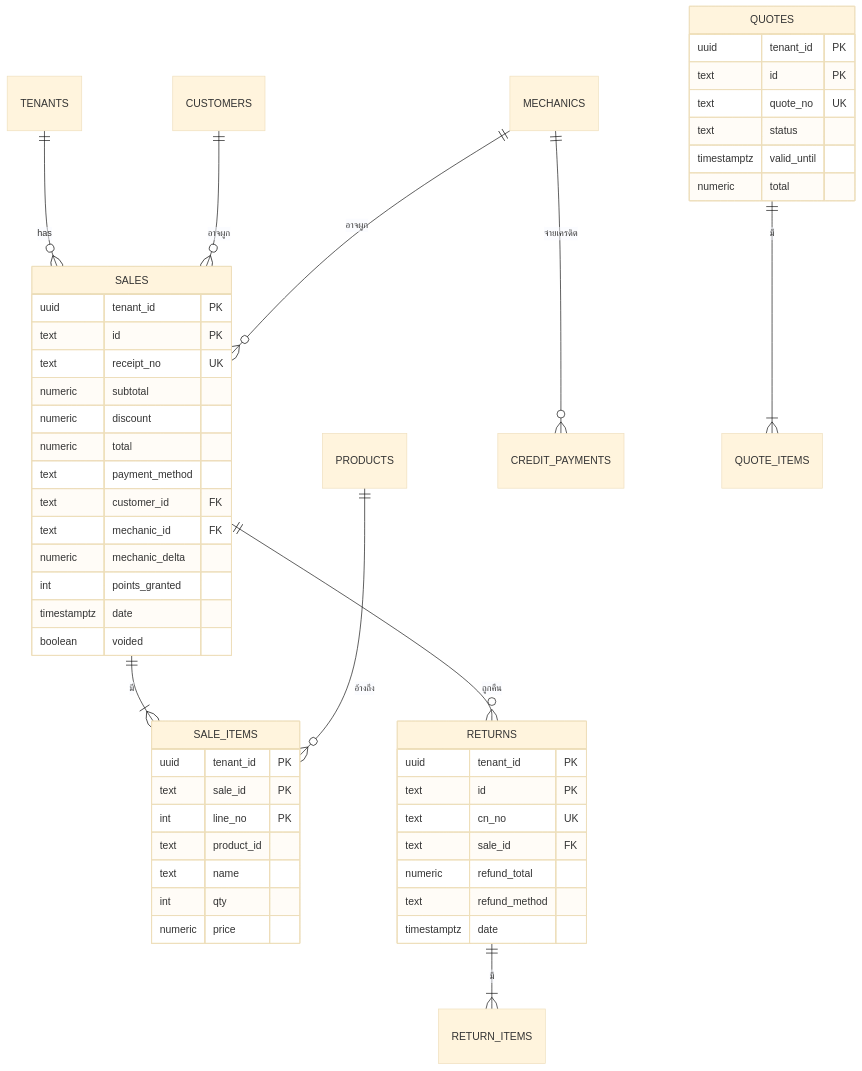
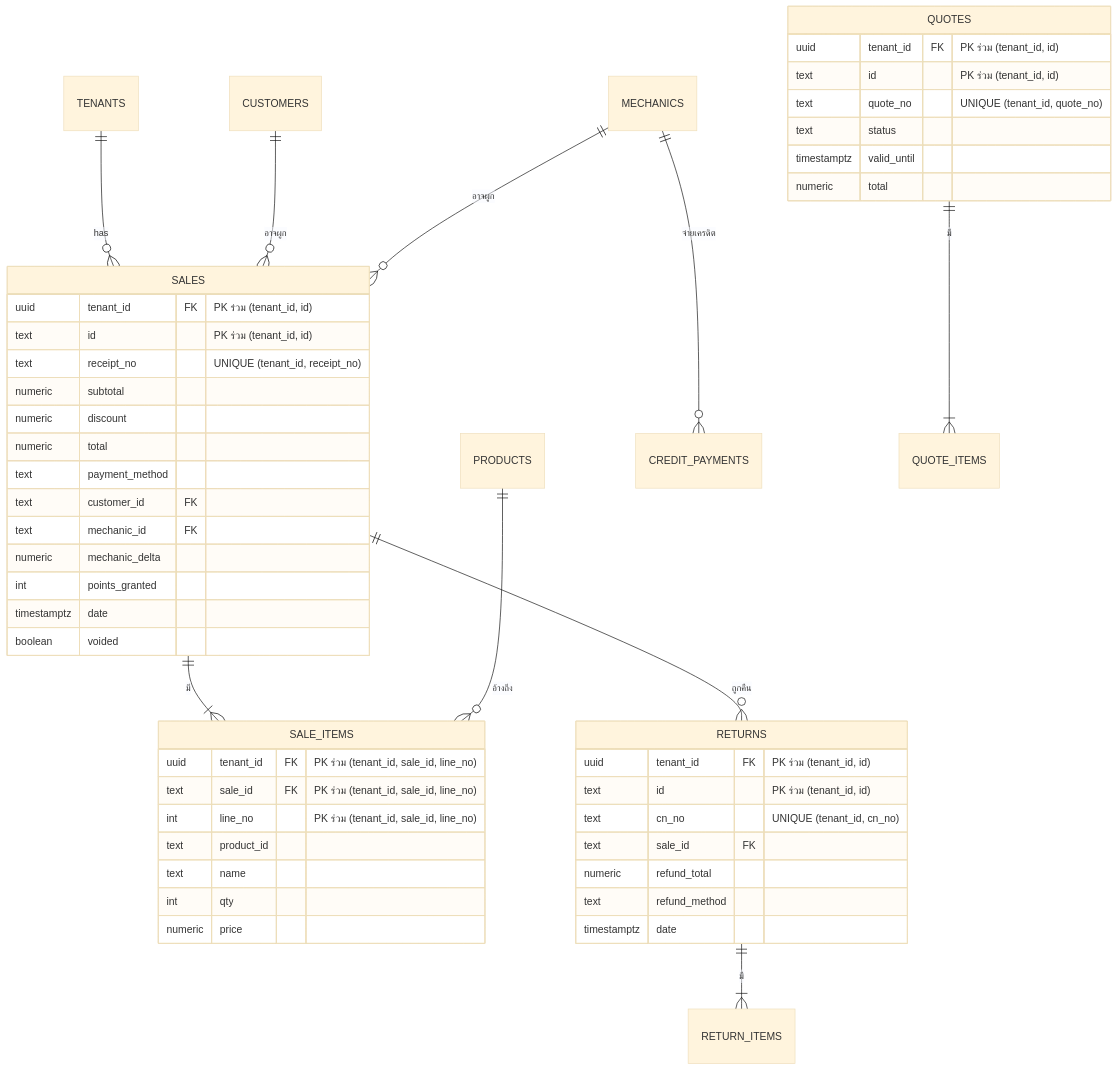
One commit to NuimanLP/srisurart-pos-flutter changed the second of 6 diagrams in docs/Backend_design/01_DATABASE.md. Above: the diagram before and after it, drawn with Mermaid (base theme). The commit also changed other lines of this file and 1 other file, not shown here.

First line of the commit message:
docs(01_DATABASE): ER diagram เลิกติดป้าย PK สองบรรทัดกับ composite key

````diff
--- a/docs/Backend_design/01_DATABASE.md
+++ b/docs/Backend_design/01_DATABASE.md
@@ -133,54 +133,54 @@
 ```mermaid
 erDiagram
     TENANTS ||--o{ SALES : "has"
     CUSTOMERS ||--o{ SALES : "อาจผูก"
     MECHANICS ||--o{ SALES : "อาจผูก"
     SALES ||--|{ SALE_ITEMS : "มี"
     PRODUCTS ||--o{ SALE_ITEMS : "อ้างถึง"
     SALES ||--o{ RETURNS : "ถูกคืน"
     RETURNS ||--|{ RETURN_ITEMS : "มี"
     MECHANICS ||--o{ CREDIT_PAYMENTS : "จ่ายเครดิต"
     QUOTES ||--|{ QUOTE_ITEMS : "มี"
 
     SALES {
-        uuid tenant_id PK
-        text id PK
-        text receipt_no UK
+        uuid tenant_id FK "PK ร่วม (tenant_id, id)"
+        text id "PK ร่วม (tenant_id, id)"
+        text receipt_no "UNIQUE (tenant_id, receipt_no)"
         numeric subtotal
         numeric discount
         numeric total
         text payment_method
         text customer_id FK
         text mechanic_id FK
         numeric mechanic_delta
         int points_granted
         timestamptz date
         boolean voided
     }
     SALE_ITEMS {
-        uuid tenant_id PK
-        text sale_id PK
-        int line_no PK
+        uuid tenant_id FK "PK ร่วม (tenant_id, sale_id, line_no)"
+        text sale_id FK "PK ร่วม (tenant_id, sale_id, line_no)"
+        int line_no "PK ร่วม (tenant_id, sale_id, line_no)"
         text product_id
         text name
         int qty
         numeric price
     }
     RETURNS {
-        uuid tenant_id PK
-        text id PK
-        text cn_no UK
+        uuid tenant_id FK "PK ร่วม (tenant_id, id)"
+        text id "PK ร่วม (tenant_id, id)"
+        text cn_no "UNIQUE (tenant_id, cn_no)"
         text sale_id FK
         numeric refund_total
         text refund_method
         timestamptz date
     }
     QUOTES {
-        uuid tenant_id PK
-        text id PK
-        text quote_no UK
+        uuid tenant_id FK "PK ร่วม (tenant_id, id)"
+        text id "PK ร่วม (tenant_id, id)"
+        text quote_no "UNIQUE (tenant_id, quote_no)"
         text status
         timestamptz valid_until
         numeric total
     }
 ```
````
